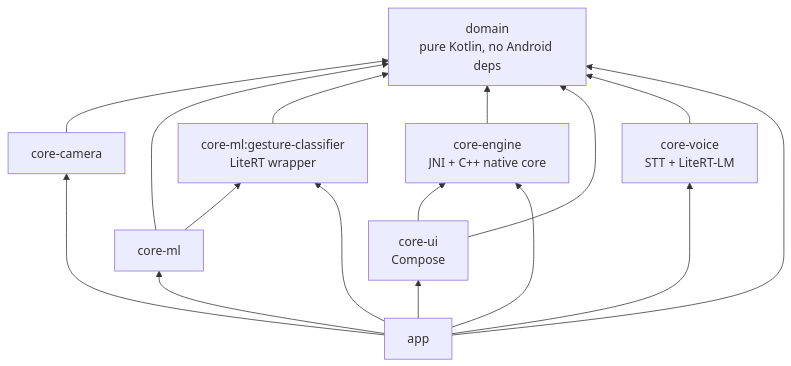
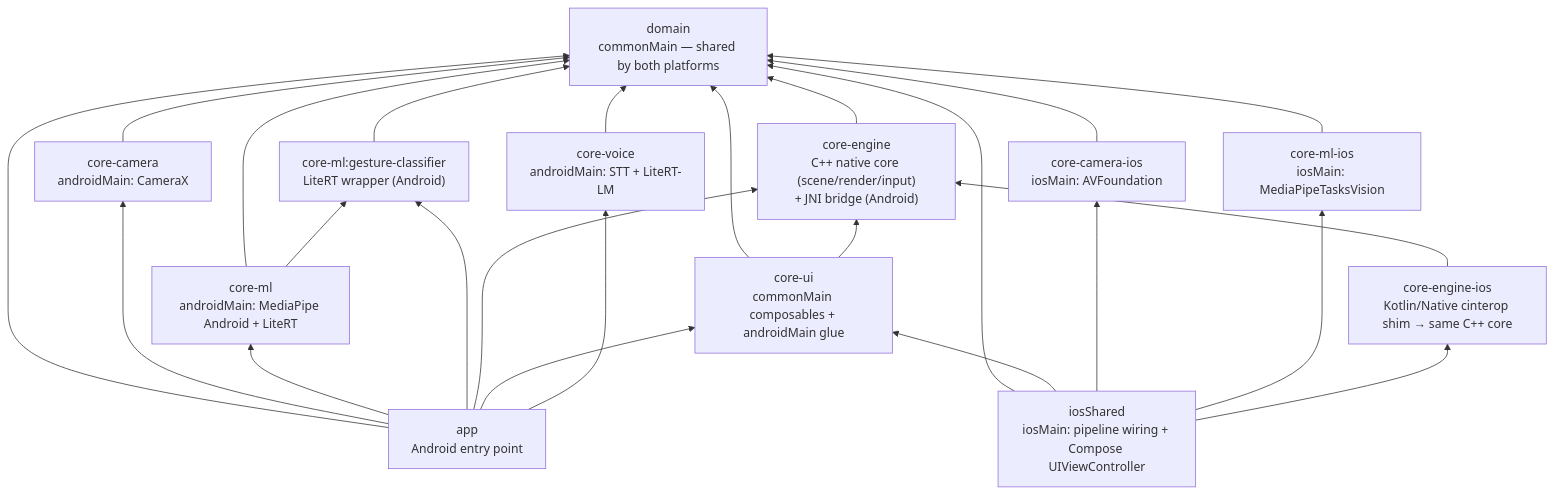
Before and after one commit to MaksimAbramenka/GestureControl: the second of 2 diagrams in README.md, drawn with Mermaid. The commit also changed other lines of this file, not shown here.

````diff
--- a/README.md
+++ b/README.md
@@ -51,27 +51,39 @@
 ```mermaid
 graph BT
-    domain["domain<br/>pure Kotlin, no Android deps"]
-    coreCamera["core-camera"]
-    coreMl["core-ml"]
-    gestureClassifier["core-ml:gesture-classifier<br/>LiteRT wrapper"]
-    coreEngine["core-engine<br/>JNI + C++ native core"]
-    coreUi["core-ui<br/>Compose"]
-    coreVoice["core-voice<br/>STT + LiteRT-LM"]
-    app["app"]
+    domain["domain<br/>commonMain — shared by both platforms"]
+    coreUi["core-ui<br/>commonMain composables + androidMain glue"]
+    coreCamera["core-camera<br/>androidMain: CameraX"]
+    coreCameraIos["core-camera-ios<br/>iosMain: AVFoundation"]
+    coreMl["core-ml<br/>androidMain: MediaPipe Android + LiteRT"]
+    gestureClassifier["core-ml:gesture-classifier<br/>LiteRT wrapper (Android)"]
+    coreMlIos["core-ml-ios<br/>iosMain: MediaPipeTasksVision"]
+    coreEngine["core-engine<br/>C++ native core (scene/render/input)<br/>+ JNI bridge (Android)"]
+    coreEngineIos["core-engine-ios<br/>Kotlin/Native cinterop shim → same C++ core"]
+    coreVoice["core-voice<br/>androidMain: STT + LiteRT-LM"]
+    iosShared["iosShared<br/>iosMain: pipeline wiring + Compose UIViewController"]
+    app["app<br/>Android entry point"]
 
     coreCamera --> domain
+    coreCameraIos --> domain
     coreMl --> domain
     coreMl --> gestureClassifier
     gestureClassifier --> domain
+    coreMlIos --> domain
     coreEngine --> domain
+    coreEngineIos --> coreEngine
     coreUi --> domain
     coreUi --> coreEngine
     coreVoice --> domain
     app --> domain
     app --> coreCamera
     app --> coreMl
     app --> gestureClassifier
     app --> coreEngine
     app --> coreUi
     app --> coreVoice
+    iosShared --> domain
+    iosShared --> coreUi
+    iosShared --> coreCameraIos
+    iosShared --> coreMlIos
+    iosShared --> coreEngineIos
 ```
````
